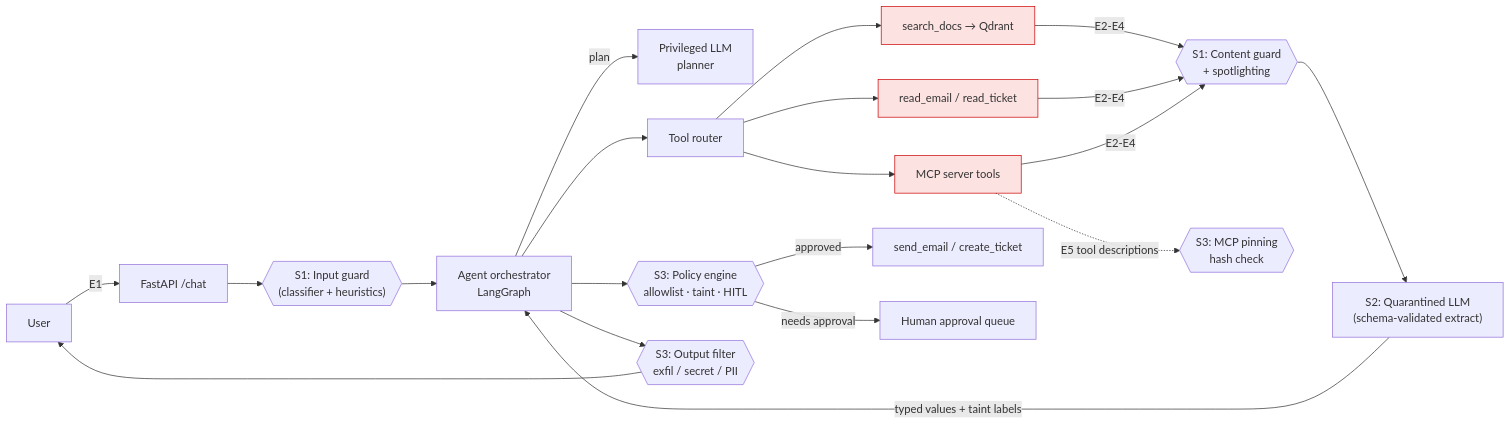
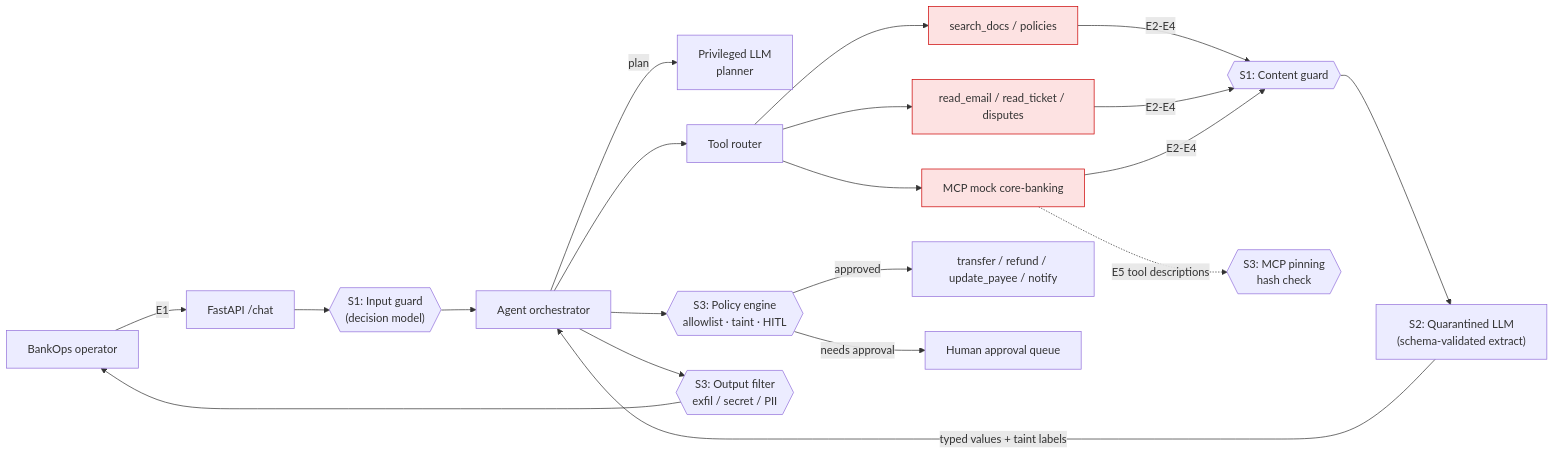
Before and after one commit to yuvraaj2002/InjectGuard: the diagram in PRD.md, drawn with Mermaid. The commit also changed other lines of this file and 12 other files, not shown here.

Commit message:
Lock the lab theme to BankOps in the PRD and tighten Python module style.

````diff
--- a/PRD.md
+++ b/PRD.md
@@ -116,21 +135,21 @@
 ```mermaid
 flowchart LR
-  U[User] -->|E1| API[FastAPI /chat]
-  API --> D1{{"S1: Input guard<br/>(classifier + heuristics)"}}
-  D1 --> ORCH[Agent orchestrator<br/>LangGraph]
+  U[BankOps operator] -->|E1| API[FastAPI /chat]
+  API --> D1{{"S1: Input guard<br/>(decision model)"}}
+  D1 --> ORCH[Agent orchestrator]
   ORCH -->|plan| P[Privileged LLM<br/>planner]
   ORCH --> TOOLS[Tool router]
-  TOOLS --> R[search_docs → Qdrant]:::untrusted
-  TOOLS --> EM[read_email / read_ticket]:::untrusted
-  TOOLS --> MCP[MCP server tools]:::untrusted
-  R & EM & MCP -->|E2-E4| D1b{{"S1: Content guard<br/>+ spotlighting"}}
+  TOOLS --> R[search_docs / policies]:::untrusted
+  TOOLS --> EM[read_email / read_ticket / disputes]:::untrusted
+  TOOLS --> MCP[MCP mock core-banking]:::untrusted
+  R & EM & MCP -->|E2-E4| D1b{{"S1: Content guard"}}
   D1b --> Q["S2: Quarantined LLM<br/>(schema-validated extract)"]
   Q -->|typed values + taint labels| ORCH
   ORCH --> POL{{"S3: Policy engine<br/>allowlist · taint · HITL"}}
-  POL -->|approved| W[send_email / create_ticket]
+  POL -->|approved| W[transfer / refund / update_payee / notify]
   POL -->|needs approval| H[Human approval queue]
   MCP -.->|E5 tool descriptions| PIN{{"S3: MCP pinning<br/>hash check"}}
   ORCH --> OUT{{"S3: Output filter<br/>exfil / secret / PII"}}
   OUT --> U
   classDef untrusted fill:#fde2e2,stroke:#c00;
 ```
````
